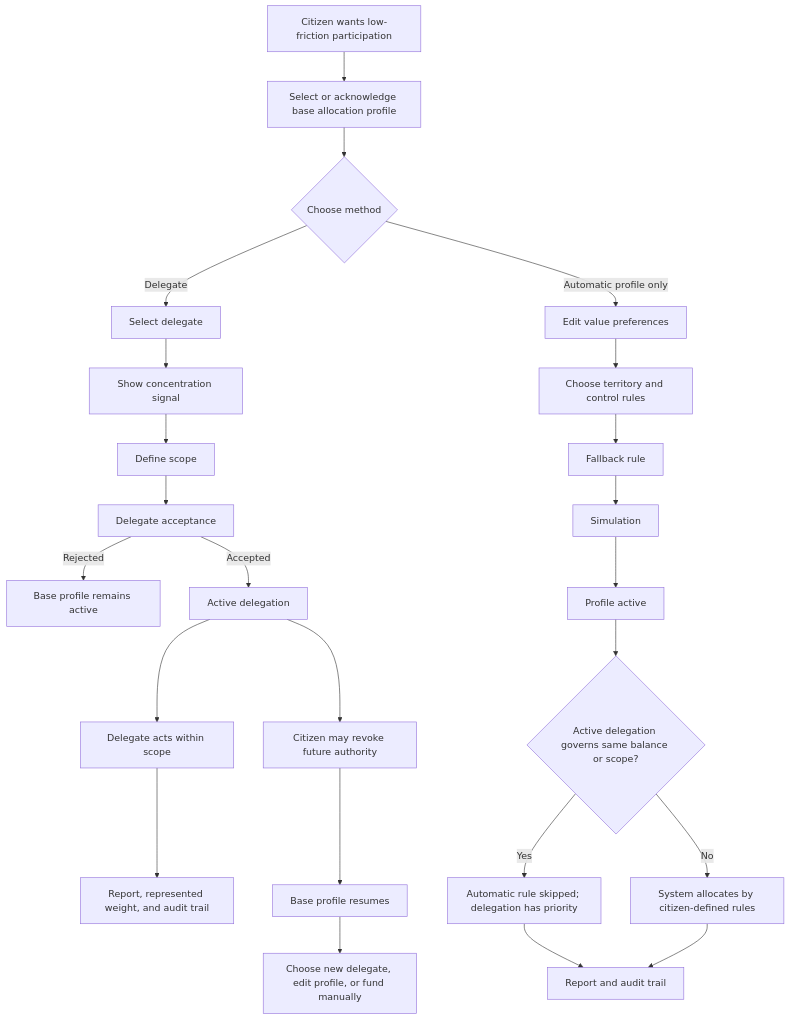
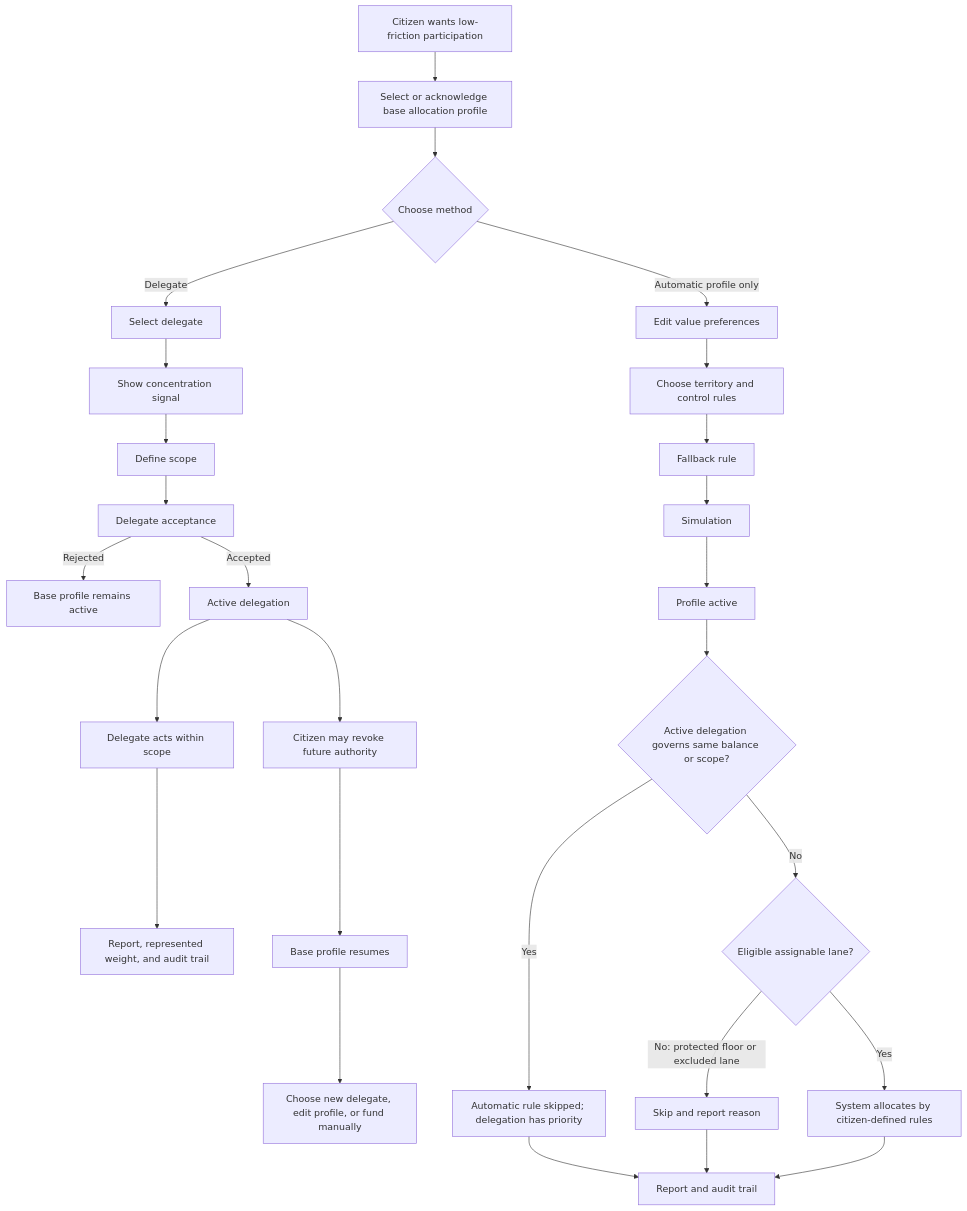
One commit to moffermann/distributed-governance-research changed the diagram in docs/diagrams/v0-delegation-automatic-allocation.md. Above: the diagram before and after it, drawn with Mermaid. The commit also changed other lines of this file and 37 other files, not shown here.

````diff
--- a/docs/diagrams/v0-delegation-automatic-allocation.md
+++ b/docs/diagrams/v0-delegation-automatic-allocation.md
@@ -9,29 +9,32 @@
 ```mermaid
 flowchart TD
     A[Citizen wants low-friction participation]
     A --> B[Select or acknowledge base allocation profile]
     B --> C{Choose method}
 
     C -->|Delegate| D[Select delegate]
     D --> E[Show concentration signal]
     E --> F[Define scope]
     F --> G[Delegate acceptance]
     G -->|Rejected| H[Base profile remains active]
     G -->|Accepted| I[Active delegation]
     I --> J[Delegate acts within scope]
     J --> K[Report, represented weight, and audit trail]
     I --> L[Citizen may revoke future authority]
     L --> M[Base profile resumes]
     M --> N[Choose new delegate, edit profile, or fund manually]
 
     C -->|Automatic profile only| O[Edit value preferences]
     O --> P[Choose territory and control rules]
     P --> Q[Fallback rule]
     Q --> R[Simulation]
     R --> S[Profile active]
     S --> T{Active delegation governs same balance or scope?}
     T -->|Yes| U[Automatic rule skipped; delegation has priority]
-    T -->|No| V[System allocates by citizen-defined rules]
+    T -->|No| EL{Eligible assignable lane?}
+    EL -->|No: protected floor or excluded lane| X[Skip and report reason]
+    EL -->|Yes| V[System allocates by citizen-defined rules]
     U --> W[Report and audit trail]
+    X --> W
     V --> W
 ```
````
